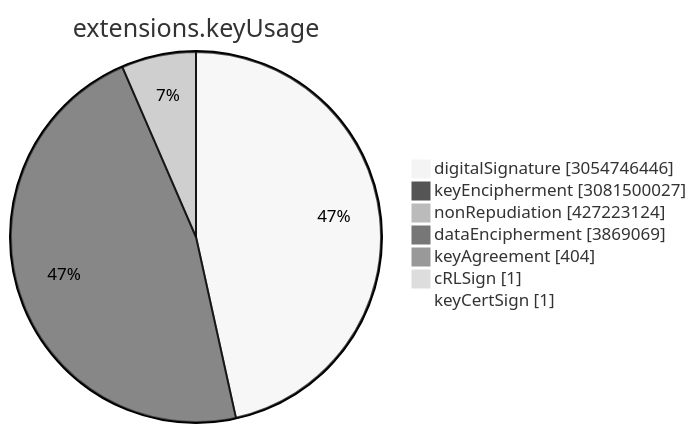
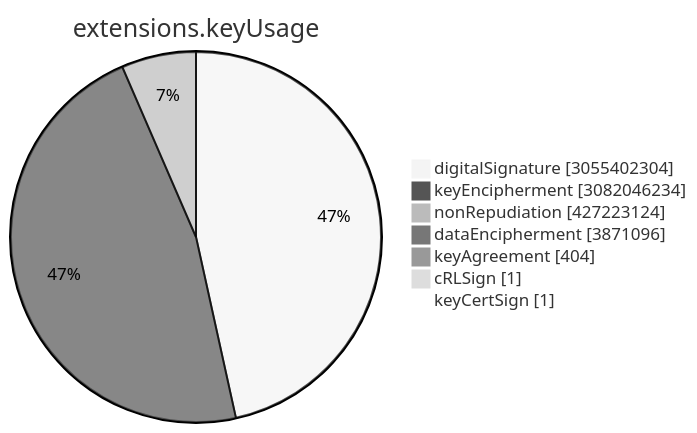
One commit to christiankrug/ctmonitor_visualization changed the sixth of 15 diagrams in TOTAL/README.md. Above: the diagram before and after it, drawn with Mermaid (neutral theme). The commit also changed other lines of this file, not shown here.

````diff
--- a/TOTAL/README.md
+++ b/TOTAL/README.md
@@ -3077,11 +3077,11 @@
 ```mermaid
 pie showData
 title extensions.keyUsage
-"digitalSignature" :3054746446
-"keyEncipherment" :3081500027
+"digitalSignature" :3055402304
+"keyEncipherment" :3082046234
 "nonRepudiation" :427223124
-"dataEncipherment" :3869069
+"dataEncipherment" :3871096
 "keyAgreement" :404
 "cRLSign" :1
 "keyCertSign" :1
 ```
````
